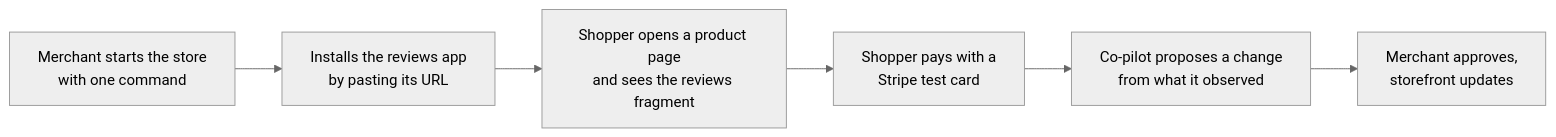
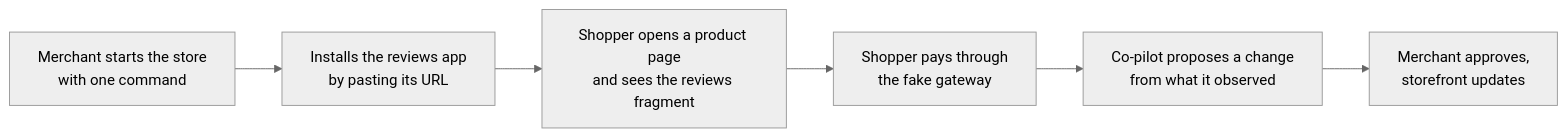
Before and after one commit to the-market-org/the-market: the first of 2 diagrams in docs/plans/2026-11-15-prototype-roadmap.md, drawn with Mermaid (neutral theme). The commit also changed other lines of this file and 3 other files, not shown here.

Commit message:
Record owner decisions: OpenRouter, Prisma 6.19.3, fake payment gateway

````diff
--- a/docs/plans/2026-11-15-prototype-roadmap.md
+++ b/docs/plans/2026-11-15-prototype-roadmap.md
@@ -9,8 +9,8 @@
 ```mermaid
 flowchart LR
     S1[Merchant starts the store<br/>with one command] --> S2[Installs the reviews app<br/>by pasting its URL]
     S2 --> S3[Shopper opens a product page<br/>and sees the reviews fragment]
-    S3 --> S4[Shopper pays with a<br/>Stripe test card]
+    S3 --> S4[Shopper pays through<br/>the fake gateway]
     S4 --> S5[Co-pilot proposes a change<br/>from what it observed]
     S5 --> S6[Merchant approves,<br/>storefront updates]
 ```
````
